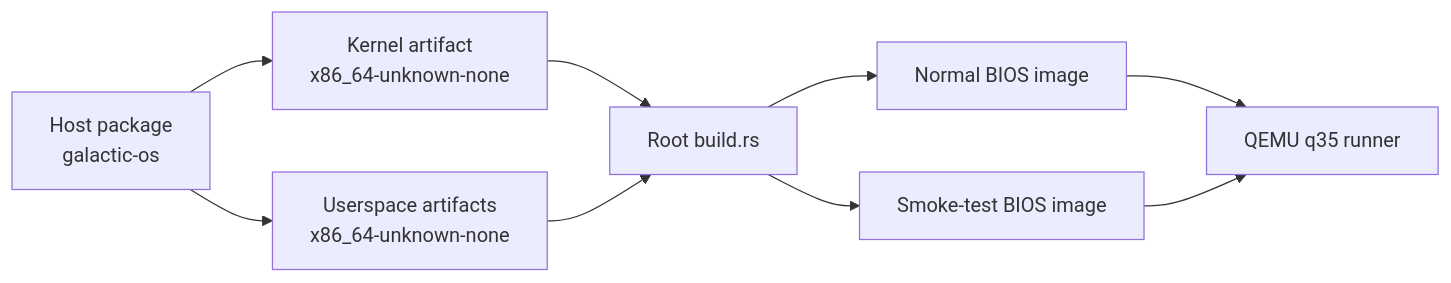
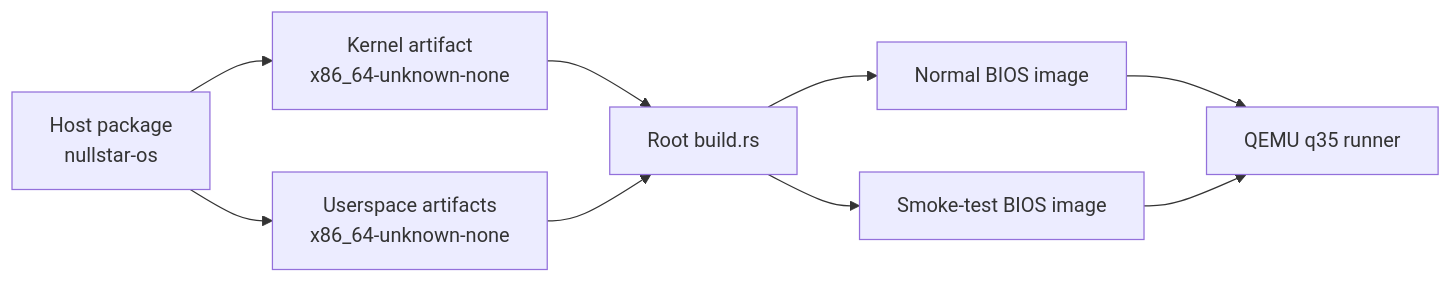
The diagram in docs/architecture.md (LotusPetal392/nullstar-os), drawn with Mermaid before and after one commit. The commit also changed other lines of this file, not shown here.

Commit message:
Rename NullStar OS architecture guide

````diff
--- a/docs/architecture.md
+++ b/docs/architecture.md
@@ -10,11 +10,11 @@
 ```mermaid
 flowchart LR
-    H[Host package<br/>galactic-os] --> K[Kernel artifact<br/>x86_64-unknown-none]
+    H[Host package<br/>nullstar-os] --> K[Kernel artifact<br/>x86_64-unknown-none]
     H --> U[Userspace artifacts<br/>x86_64-unknown-none]
     K --> B[Root build.rs]
     U --> B
     B --> N[Normal BIOS image]
     B --> S[Smoke-test BIOS image]
     N --> Q[QEMU q35 runner]
     S --> Q
 ```
````
